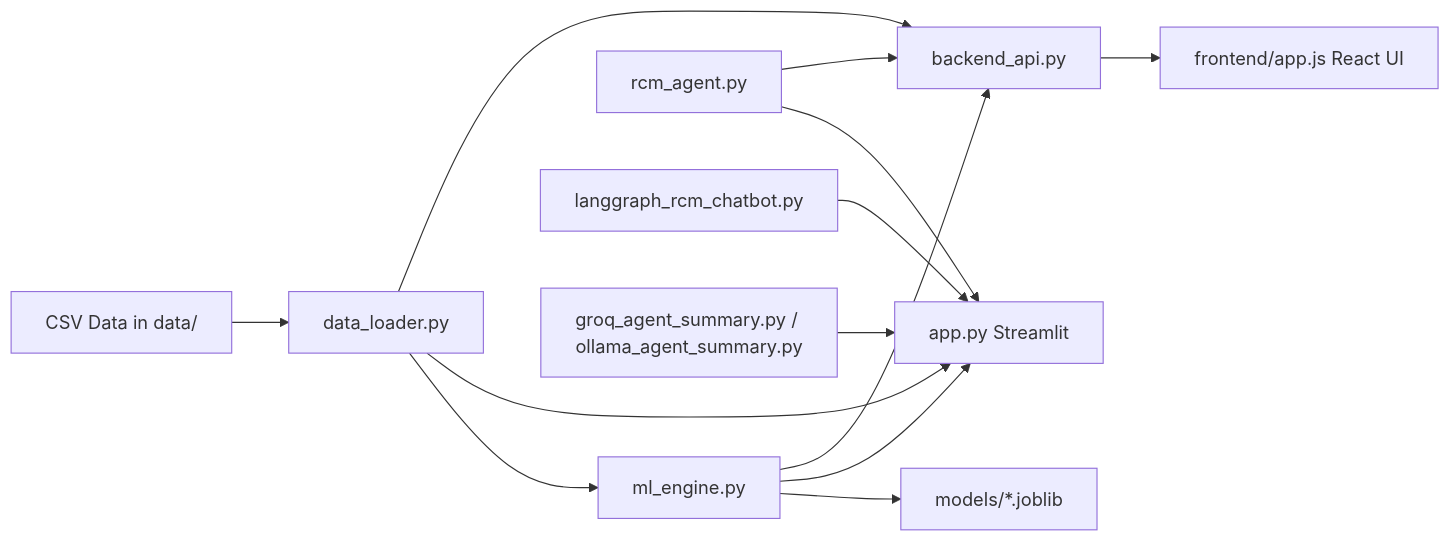
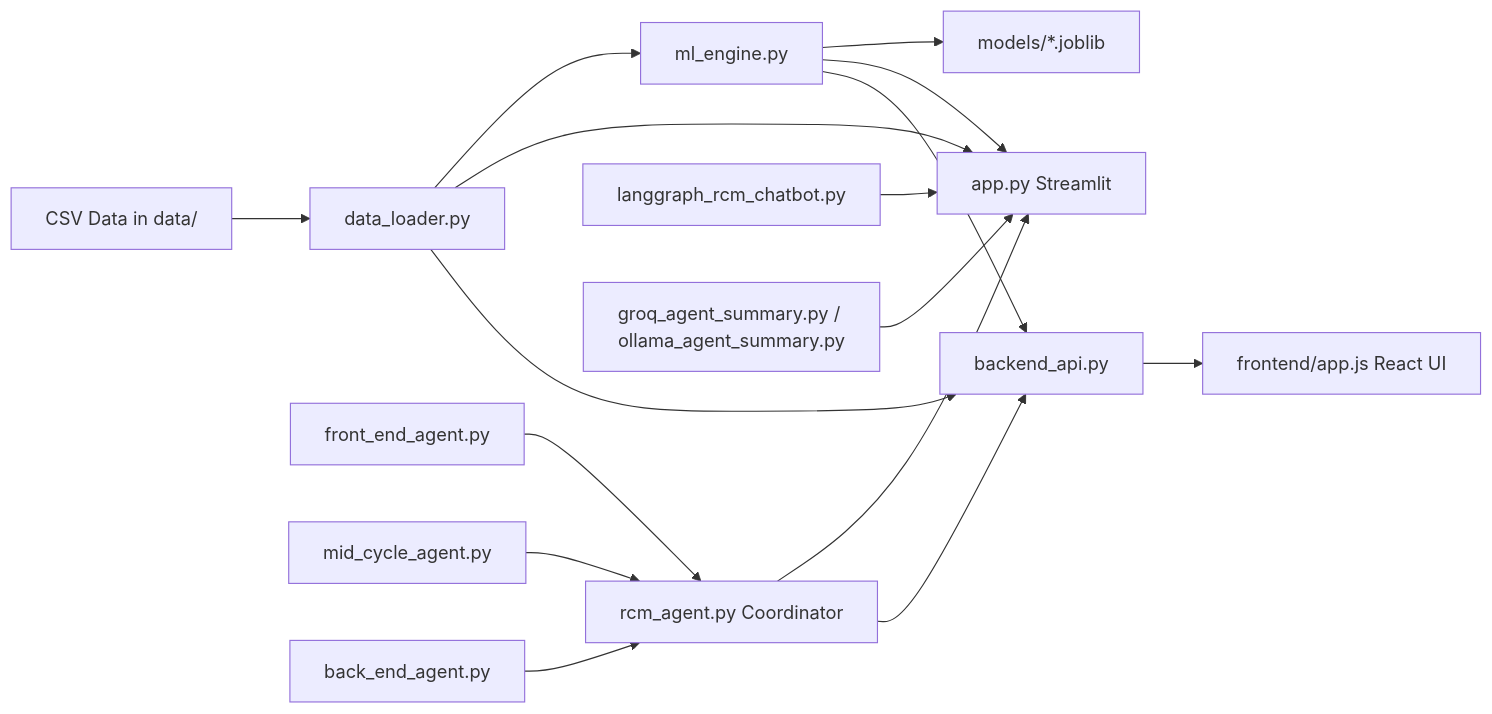
Before and after one commit to pranaya-mathur/rcm_agent: the first of 2 diagrams in README.md, drawn with Mermaid. The commit also changed other lines of this file and 5 other files, not shown here.

First line of the commit message:
Restructure agent workflow into front/mid/back stages.

````diff
--- a/README.md
+++ b/README.md
@@ -39,15 +42,18 @@
 ```mermaid
 flowchart LR
     A[CSV Data in data/] --> B[data_loader.py]
     B --> C[ml_engine.py]
     C --> D[models/*.joblib]
     B --> E[app.py Streamlit]
     C --> E
-    F[rcm_agent.py] --> E
+    F[rcm_agent.py Coordinator] --> E
+    F1[front_end_agent.py] --> F
+    F2[mid_cycle_agent.py] --> F
+    F3[back_end_agent.py] --> F
     G[langgraph_rcm_chatbot.py] --> E
     H[groq_agent_summary.py / ollama_agent_summary.py] --> E
     B --> I[backend_api.py]
     C --> I
     F --> I
     I --> J[frontend/app.js React UI]
 ```
````
